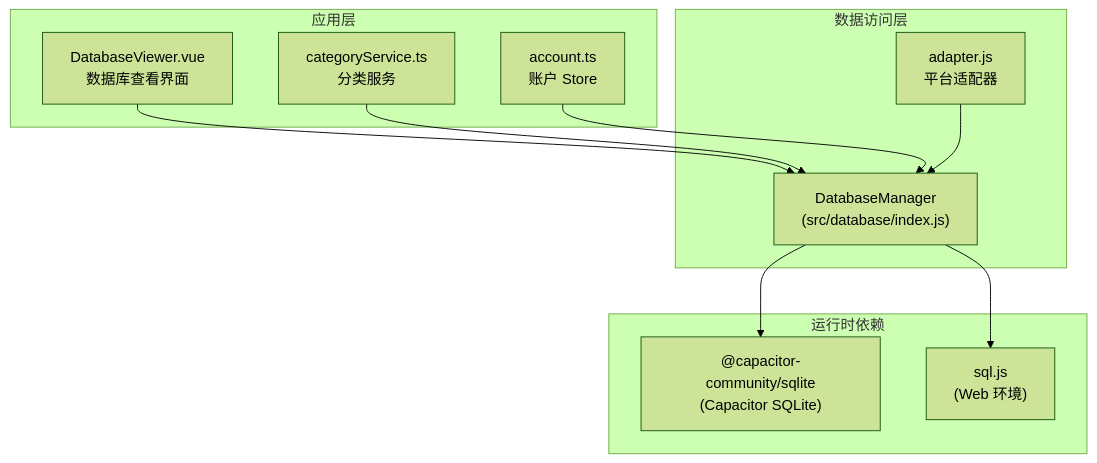
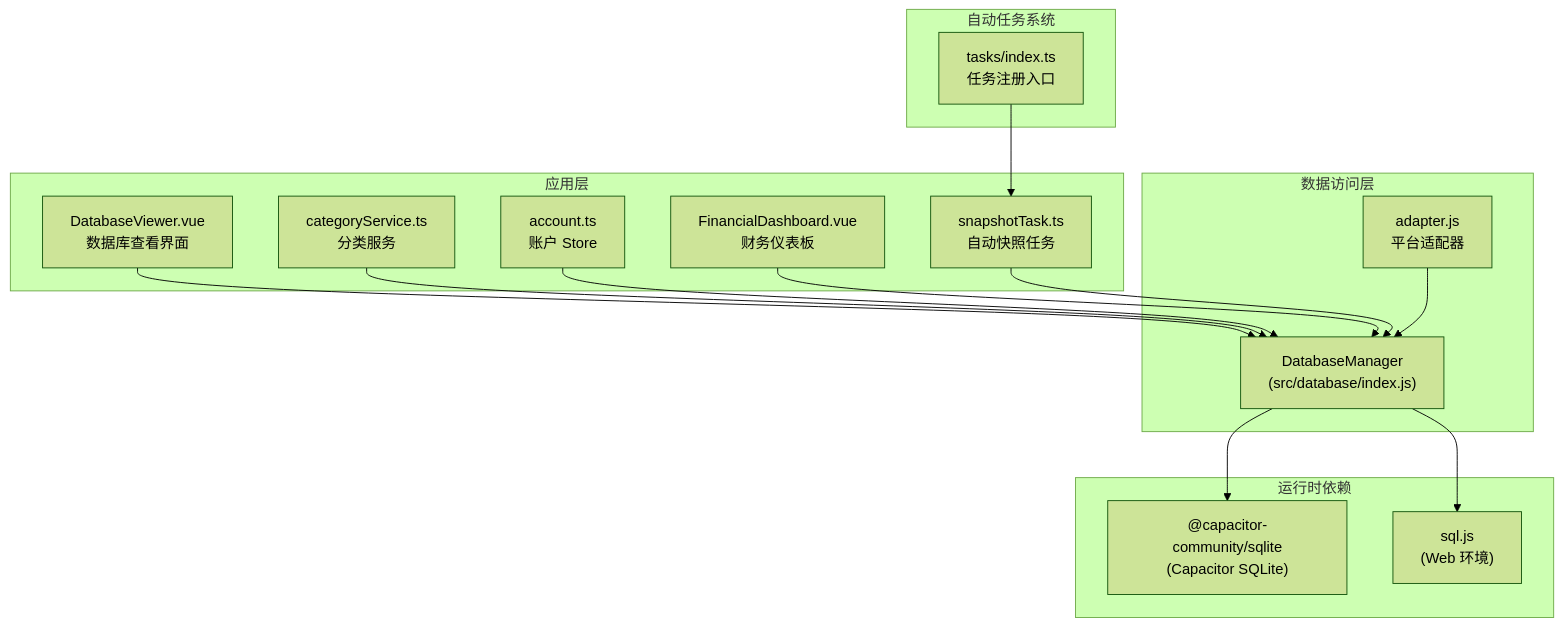
The first of 9 diagrams in .qoder/repowiki/zh/content/数据库管理/数据库操作/数据库操作.md (xiao-lin-unit/yuan), drawn with Mermaid (forest theme) before and after one commit. The commit also changed other lines of this file and 9 other files, not shown here.

````diff
--- a/.qoder/repowiki/zh/content/数据库管理/数据库操作/数据库操作.md
+++ b/.qoder/repowiki/zh/content/数据库管理/数据库操作/数据库操作.md
@@ -44,22 +52,30 @@
 ```mermaid
 graph TB
 subgraph "应用层"
 UI["DatabaseViewer.vue<br/>数据库查看界面"]
 SVC["categoryService.ts<br/>分类服务"]
 STORE["account.ts<br/>账户 Store"]
+DASHBOARD["FinancialDashboard.vue<br/>财务仪表板"]
+AUTOTASK["snapshotTask.ts<br/>自动快照任务"]
 end
 subgraph "数据访问层"
 DB["DatabaseManager<br/>(src/database/index.js)"]
 ADP["adapter.js<br/>平台适配器"]
 end
 subgraph "运行时依赖"
 CAP["@capacitor-community/sqlite<br/>(Capacitor SQLite)"]
 SQLJS["sql.js<br/>(Web 环境)"]
 end
+subgraph "自动任务系统"
+TASKREG["tasks/index.ts<br/>任务注册入口"]
+end
 UI --> DB
 SVC --> DB
 STORE --> DB
+DASHBOARD --> DB
+AUTOTASK --> DB
 DB --> CAP
 DB --> SQLJS
 ADP --> DB
+TASKREG --> AUTOTASK
 ```
````
